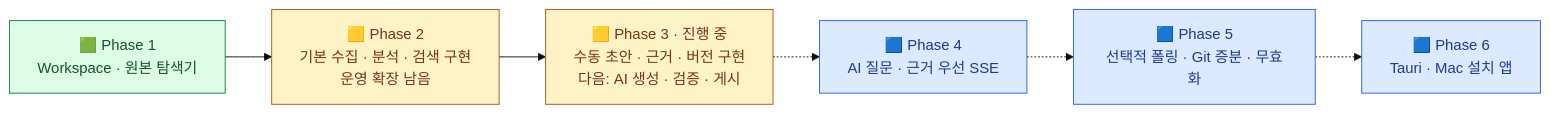
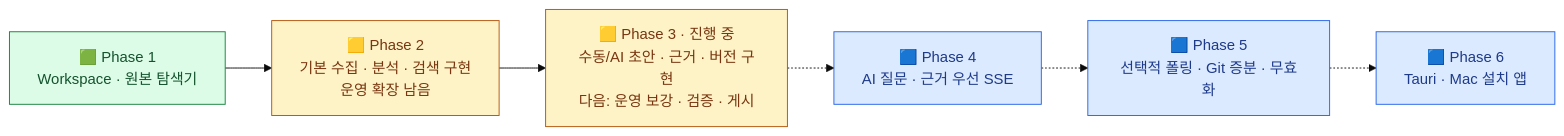
The first of 5 diagrams in docs/design-map.md (thisisnew/dougle), drawn with Mermaid (base theme) before and after one commit. The commit also changed other lines of this file and 25 other files, not shown here.

````diff
--- a/docs/design-map.md
+++ b/docs/design-map.md
@@ -15,20 +15,20 @@
 ```mermaid
 flowchart LR
     P1["🟩 Phase 1<br/>Workspace · 원본 탐색기"]
     P2["🟨 Phase 2<br/>기본 수집 · 분석 · 검색 구현<br/>운영 확장 남음"]
-    P3["🟨 Phase 3 · 진행 중<br/>수동 초안 · 근거 · 버전 구현<br/>다음: AI 생성 · 검증 · 게시"]
+    P3["🟨 Phase 3 · 진행 중<br/>수동/AI 초안 · 근거 · 버전 구현<br/>다음: 운영 보강 · 검증 · 게시"]
     P4["🟦 Phase 4<br/>AI 질문 · 근거 우선 SSE"]
     P5["🟦 Phase 5<br/>선택적 폴링 · Git 증분 · 무효화"]
     P6["🟦 Phase 6<br/>Tauri · Mac 설치 앱"]
     P1 --> P2
     P2 --> P3
     P3 -.-> P4
     P4 -.-> P5
     P5 -.-> P6
     classDef done fill:#dcfce7,stroke:#15803d,color:#14532d
     classDef partial fill:#fef3c7,stroke:#b45309,color:#78350f
     classDef planned fill:#dbeafe,stroke:#2563eb,color:#1e3a8a
     class P1 done
     class P2,P3 partial
     class P4,P5,P6 planned
 ```
````
